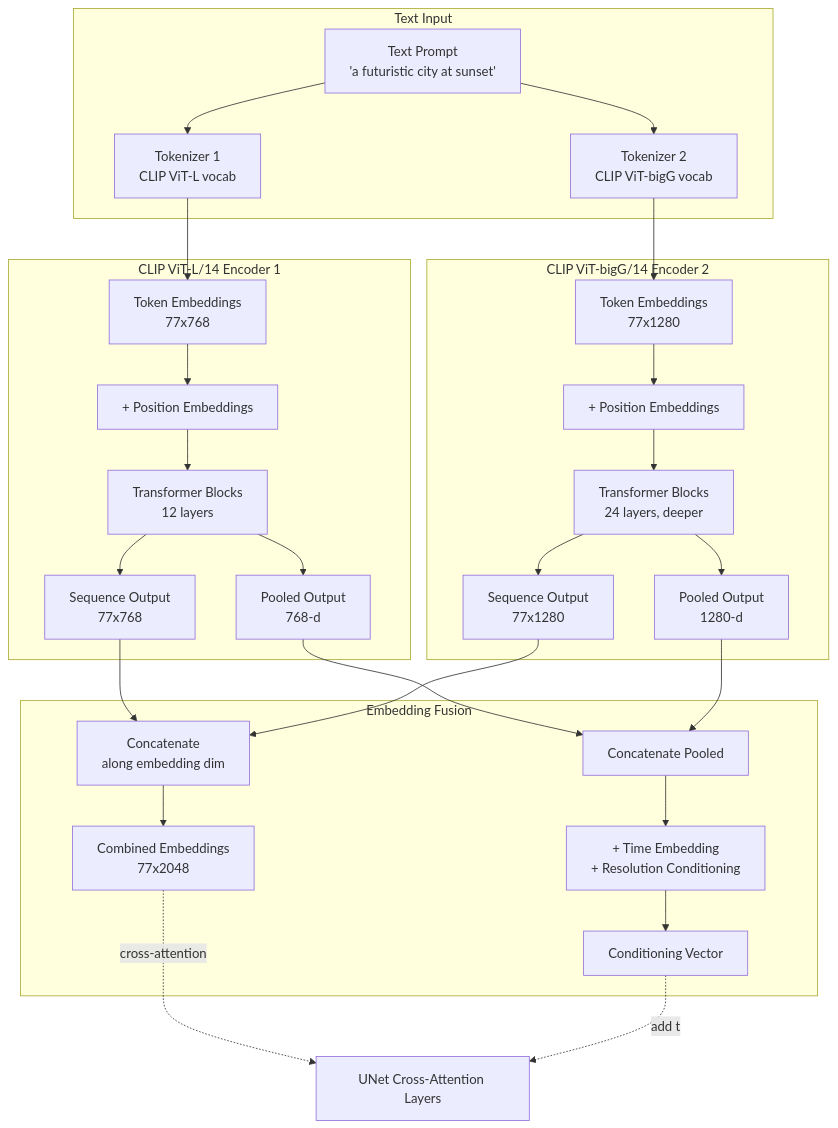
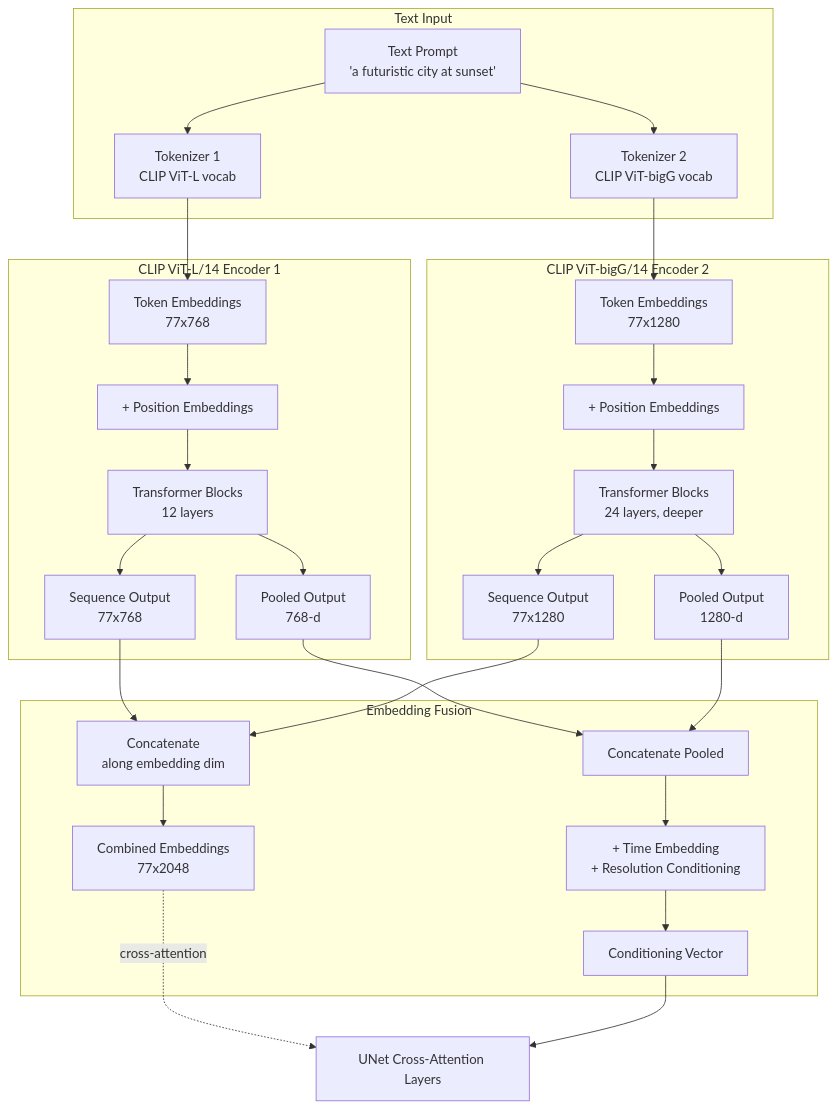
One commit to Abhyu-S/kortex-sdxl changed the fifth of 22 diagrams in Documentation.md. Above: the diagram before and after it, drawn with Mermaid. The commit also changed other lines of this file, not shown here.

````diff
--- a/Documentation.md
+++ b/Documentation.md
@@ -157,37 +156,37 @@
 ```mermaid
 flowchart TB
     subgraph Text Input
         Prompt["Text Prompt<br/>'a futuristic city at sunset'"] --> Tok1[Tokenizer 1<br/>CLIP ViT-L vocab]
         Prompt --> Tok2[Tokenizer 2<br/>CLIP ViT-bigG vocab]
     end
     
     subgraph CLIP ViT-L/14 Encoder 1
         Tok1 --> Emb1[Token Embeddings<br/>77x768]
         Emb1 --> Pos1[+ Position Embeddings]
         Pos1 --> Trans1[Transformer Blocks<br/>12 layers]
         Trans1 --> Pool1[Pooled Output<br/>768-d]
         Trans1 --> Seq1[Sequence Output<br/>77x768]
     end
     
     subgraph CLIP ViT-bigG/14 Encoder 2
         Tok2 --> Emb2[Token Embeddings<br/>77x1280]
         Emb2 --> Pos2[+ Position Embeddings]
         Pos2 --> Trans2[Transformer Blocks<br/>24 layers, deeper]
         Trans2 --> Pool2[Pooled Output<br/>1280-d]
         Trans2 --> Seq2[Sequence Output<br/>77x1280]
     end
     
     subgraph Embedding Fusion
         Seq1 --> Concat[Concatenate<br/>along embedding dim]
         Seq2 --> Concat
         Concat --> FinalEmb["Combined Embeddings<br/>77x2048"]
         
         Pool1 --> PoolConcat[Concatenate Pooled]
         Pool2 --> PoolConcat
         PoolConcat --> AddTime["+ Time Embedding<br/>+ Resolution Conditioning"]
         AddTime --> CondVec[Conditioning Vector]
     end
     
     FinalEmb -.cross-attention.-> UNet[UNet Cross-Attention Layers]
-    CondVec -.add to.-> UNet
+    CondVec --> UNet
 ```
````
